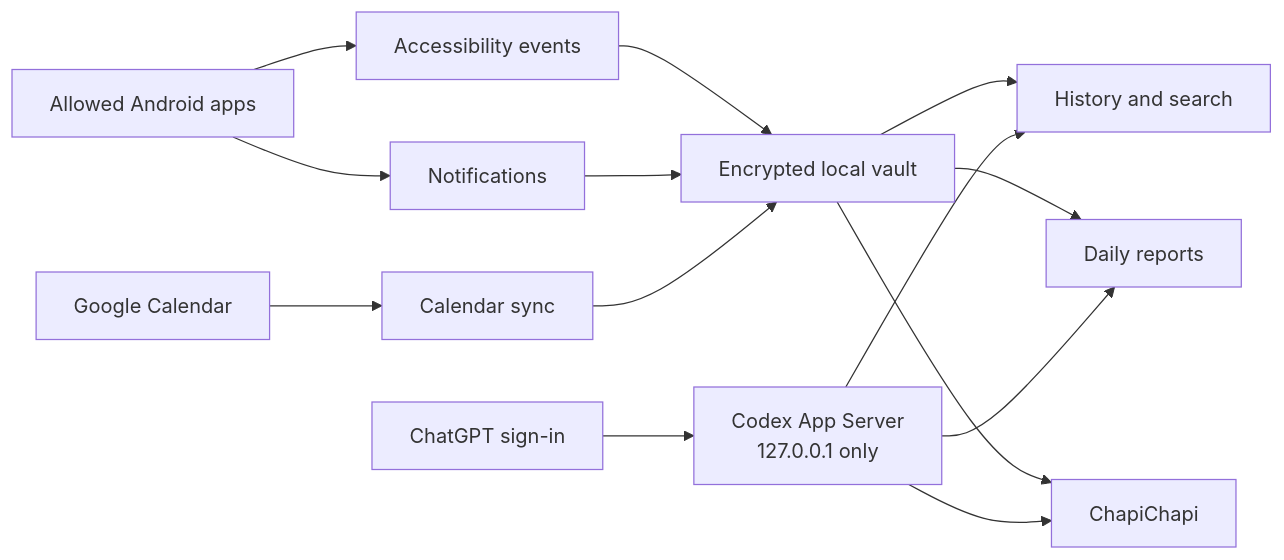
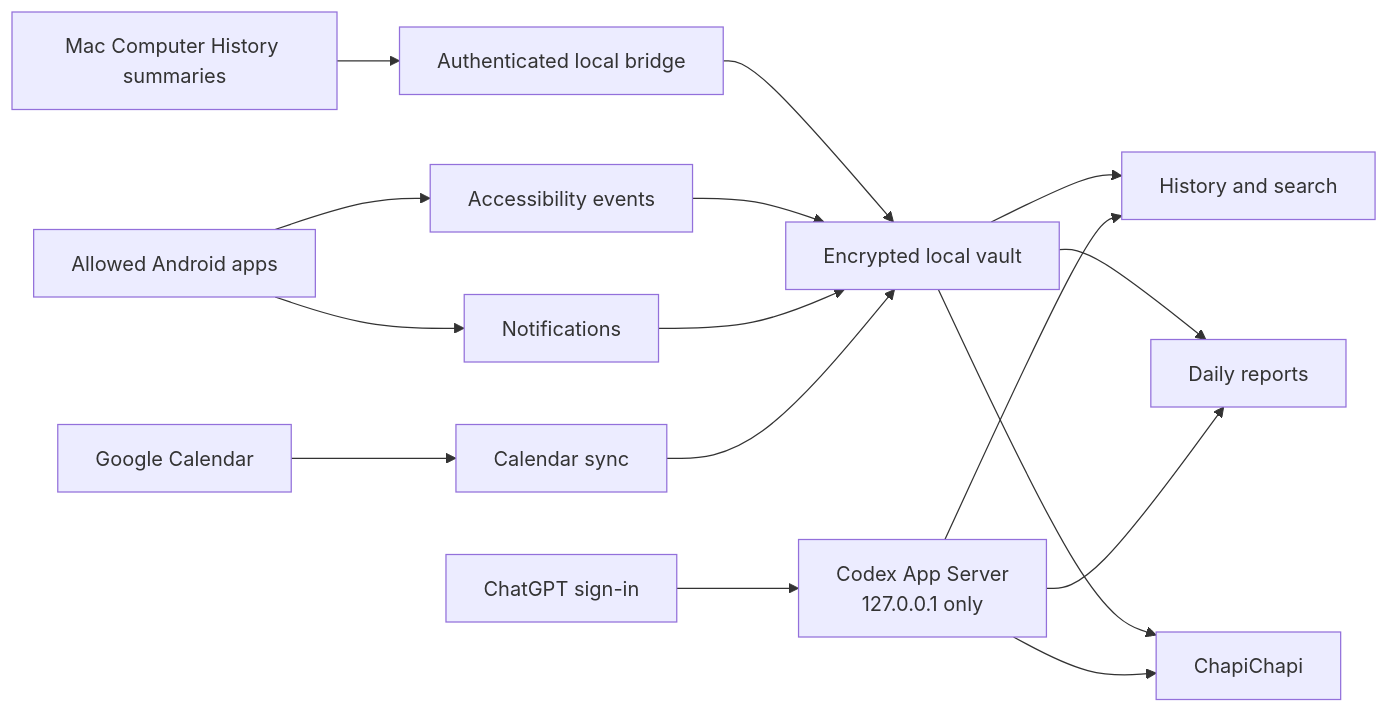
Before and after one commit to notef-neighbor/PLOT: the diagram in README.md, drawn with Mermaid. The commit also changed other lines of this file and 25 other files, not shown here.

Commit message:
Add Mac Computer History sync (#12)

````diff
--- a/README.md
+++ b/README.md
@@ -70,16 +71,18 @@
 ```mermaid
 flowchart LR
     A[Allowed Android apps] --> B[Accessibility events]
     A --> C[Notifications]
     D[Google Calendar] --> E[Calendar sync]
+    M[Mac Computer History summaries] --> N[Authenticated local bridge]
+    N --> F
     B --> F[Encrypted local vault]
     C --> F
     E --> F
     F --> G[History and search]
     F --> H[Daily reports]
     F --> I[ChapiChapi]
     J[Codex App Server<br/>127.0.0.1 only] --> G
     J --> H
     J --> I
     K[ChatGPT sign-in] --> J
 ```
````
